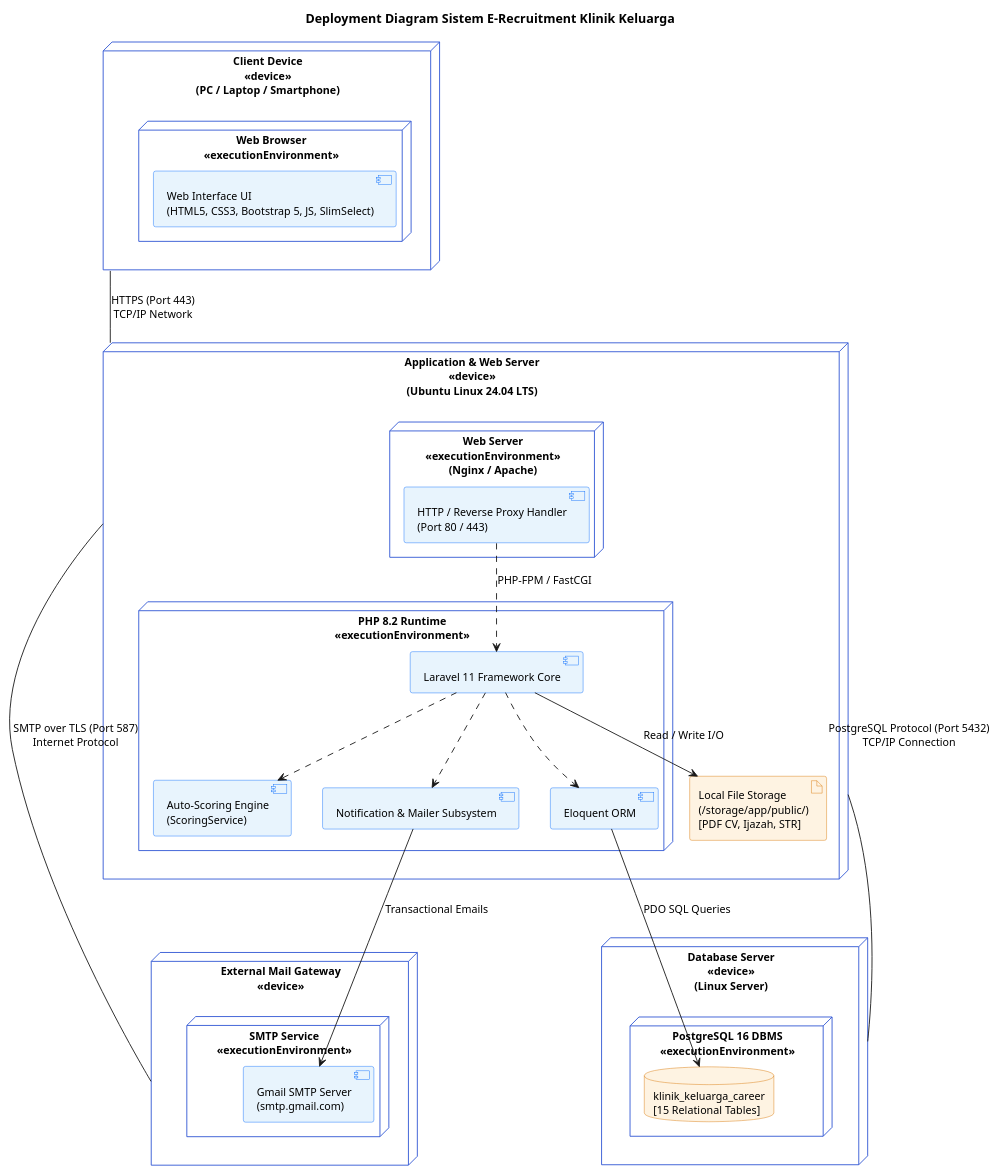
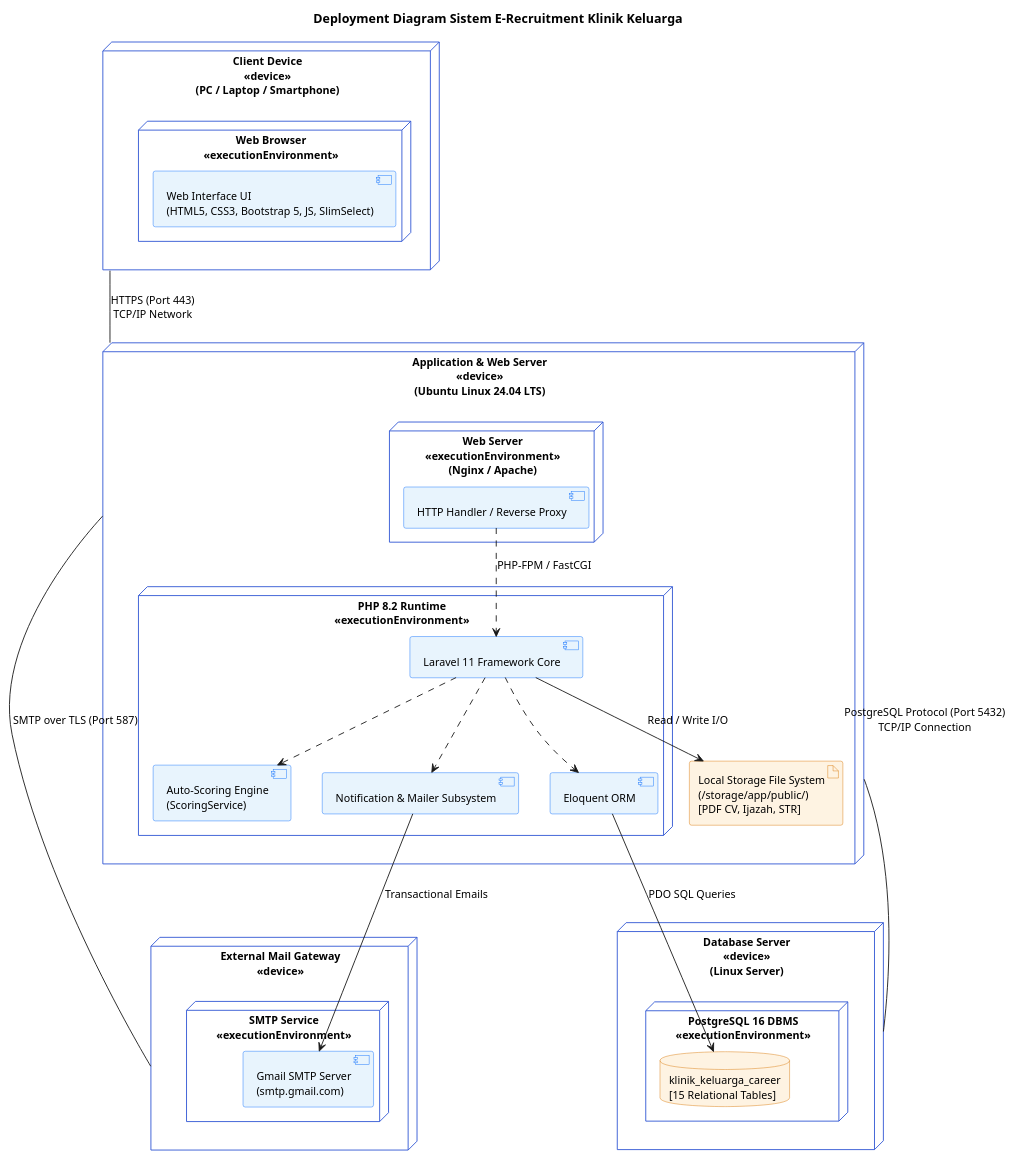
One commit to Madtive-Studio/klinik_keluarga_career changed the diagram in public/assets/diagrams/VP/Deployment_Diagram.puml. Above: the diagram before and after it, drawn with PlantUML. The commit also changed 1 other file, not shown here.

Commit message:
fix(diagrams): ensure Deployment_Diagram.puml uses single-line string syntax with escaped newlines

```diff
--- a/public/assets/diagrams/VP/Deployment_Diagram.puml
+++ b/public/assets/diagrams/VP/Deployment_Diagram.puml
@@ -1,73 +1,73 @@
 @startuml
 skinparam handwritten false
 skinparam monochrome false
 skinparam defaultFontName Arial
 skinparam defaultFontSize 12
 
 skinparam node {
   BackgroundColor #FFFFFF
   BorderColor #2F55D4
 }
 skinparam component {
   BackgroundColor #E8F4FD
   BorderColor #0D6EFD
 }
 skinparam artifact {
   BackgroundColor #FEF3E2
   BorderColor #D97706
 }
 skinparam database {
   BackgroundColor #FEF3E2
   BorderColor #D97706
 }
 
 title Deployment Diagram Sistem E-Recruitment Klinik Keluarga
 
 node "Client Device\n<<device>>\n(PC / Laptop / Smartphone)" as Client {
   node "Web Browser\n<<executionEnvironment>>" as Browser {
     component "Web Interface UI\n(HTML5, CSS3, Bootstrap 5, JS, SlimSelect)" as WebUI
   }
 }
 
 node "Application & Web Server\n<<device>>\n(Ubuntu Linux 24.04 LTS)" as AppServer {
   node "Web Server\n<<executionEnvironment>>\n(Nginx / Apache)" as WebServer {
-    component "HTTP / Reverse Proxy Handler\n(Port 80 / 443)" as Proxy
+    component "HTTP Handler / Reverse Proxy" as Proxy
   }
   
   node "PHP 8.2 Runtime\n<<executionEnvironment>>" as PHPEnv {
     component "Laravel 11 Framework Core" as LaravelCore
     component "Auto-Scoring Engine\n(ScoringService)" as ScoringEngine
     component "Notification & Mailer Subsystem" as MailerSubsystem
     component "Eloquent ORM" as Eloquent
   }
   
-  artifact "Local File Storage\n(/storage/app/public/)\n[PDF CV, Ijazah, STR]" as Storage
+  artifact "Local Storage File System\n(/storage/app/public/)\n[PDF CV, Ijazah, STR]" as Storage
 }
 
 node "Database Server\n<<device>>\n(Linux Server)" as DBServer {
   node "PostgreSQL 16 DBMS\n<<executionEnvironment>>" as PGEnv {
     database "klinik_keluarga_career\n[15 Relational Tables]" as Database
   }
 }
 
 node "External Mail Gateway\n<<device>>" as MailServer {
   node "SMTP Service\n<<executionEnvironment>>" as SMTPEnv {
     component "Gmail SMTP Server\n(smtp.gmail.com)" as GmailSMTP
   }
 }
 
 ' Relations
 Client -- AppServer : "HTTPS (Port 443)\nTCP/IP Network"
 Proxy ..> LaravelCore : "PHP-FPM / FastCGI"
 LaravelCore ..> ScoringEngine
 LaravelCore ..> MailerSubsystem
 LaravelCore ..> Eloquent
 LaravelCore --> Storage : "Read / Write I/O"
 
 AppServer -- DBServer : "PostgreSQL Protocol (Port 5432)\nTCP/IP Connection"
 Eloquent --> Database : "PDO SQL Queries"
 
-AppServer -- MailServer : "SMTP over TLS (Port 587)\nInternet Protocol"
+AppServer -- MailServer : "SMTP over TLS (Port 587)"
 MailerSubsystem --> GmailSMTP : "Transactional Emails"
 
 @enduml
```
